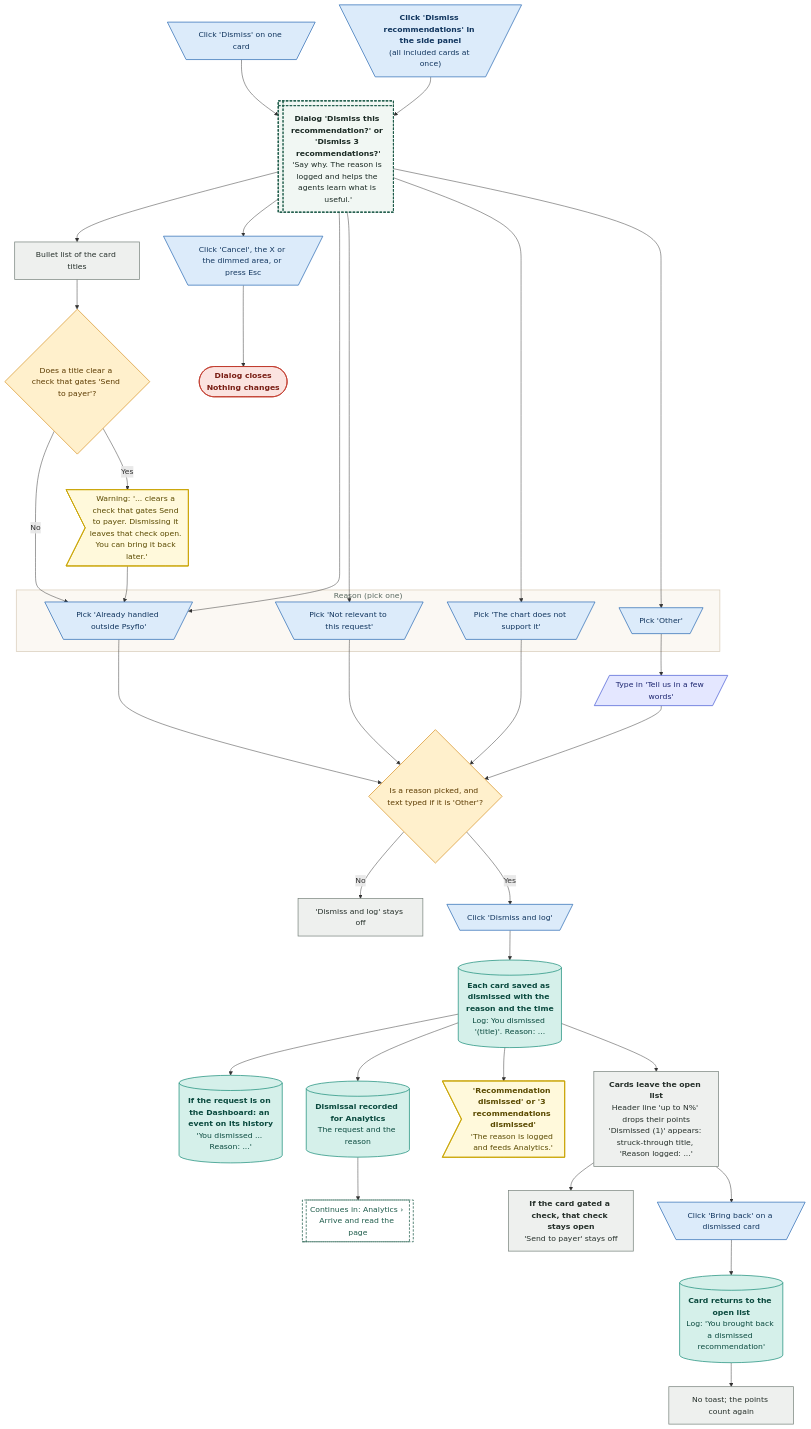
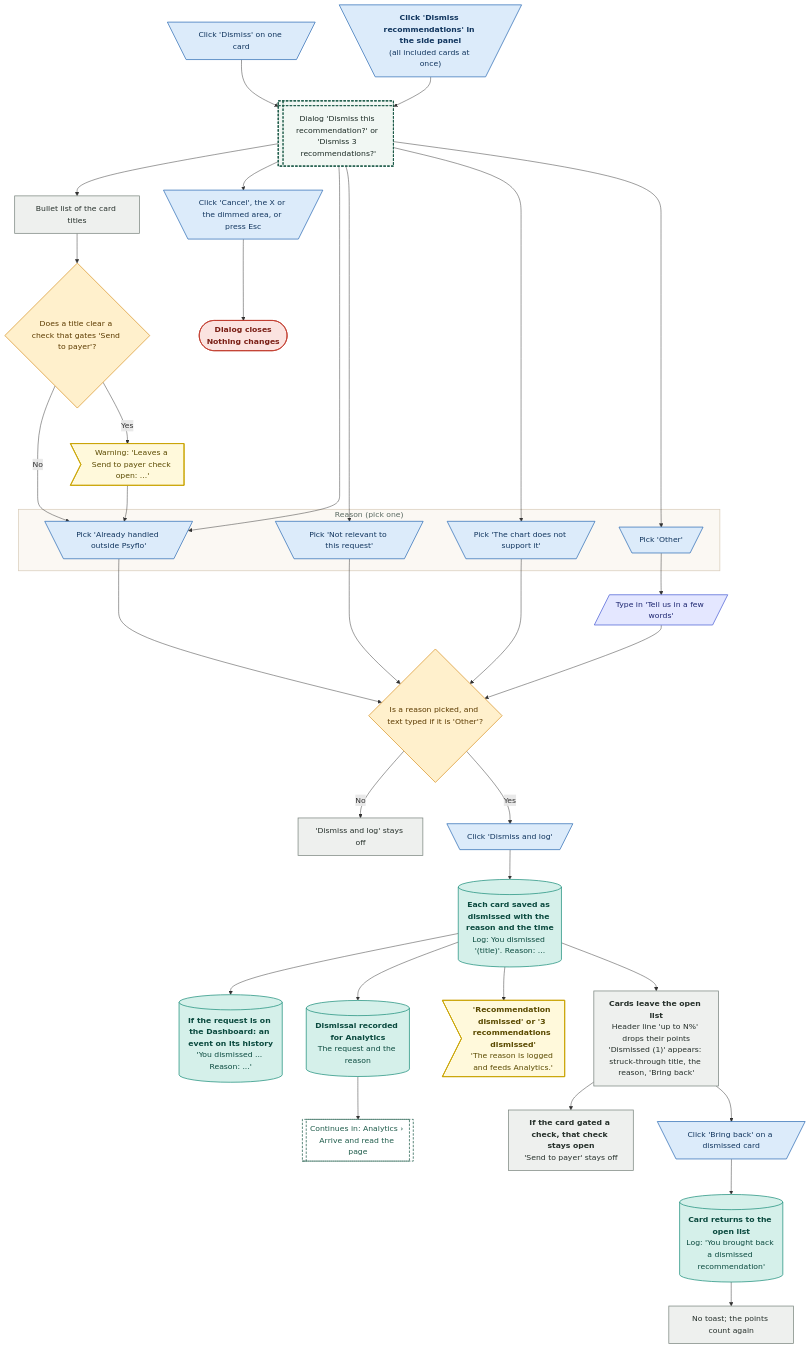
One commit to Shrav143/psyfloapp changed diagram 21 of 34 in demos/prior-auth-demo/workflows/out/md/03-authorizations.md. Above: the diagram before and after it, drawn with Mermaid. The commit also changed other lines of this file and 202 other files, not shown here.

First line of the commit message:
docs: round 6 README, CONVENTIONS, spec section 17, diagram module blurbs and 336 rebuilt diagrams

````diff
--- a/demos/prior-auth-demo/workflows/out/md/03-authorizations.md
+++ b/demos/prior-auth-demo/workflows/out/md/03-authorizations.md
@@ -1710,78 +1700,78 @@
 ```mermaid
 %%{init: {"theme":"base","themeVariables":{"fontFamily":"'DM Sans', 'Segoe UI', system-ui, sans-serif","fontSize":"15px","lineColor":"#5B6B63","primaryTextColor":"#1C2B25","clusterBkg":"#FBF8F3","clusterBorder":"#D9CDBB","edgeLabelBackground":"#FFFFFF"},"flowchart":{"curve":"basis","nodeSpacing":36,"rankSpacing":48,"padding":12,"htmlLabels":true,"useMaxWidth":false,"wrappingWidth":230}} }%%
 flowchart TD
   classDef k_start fill:#1F5C4B,stroke:#174638,color:#FFFFFF,stroke-width:1.5px,font-weight:600
   classDef k_end fill:#DDEFE3,stroke:#2E7D4F,color:#14502F,stroke-width:1.5px,font-weight:600
   classDef k_endx fill:#FBE3E0,stroke:#C0392B,color:#7A1F16,stroke-width:1.5px,font-weight:600
   classDef k_screen fill:#FFFDF8,stroke:#1F5C4B,color:#1C2B25,stroke-width:2px
   classDef k_overlay fill:#F1F7F3,stroke:#1F5C4B,color:#1C2B25,stroke-width:2px,stroke-dasharray:5 3
   classDef k_click fill:#DCEBFA,stroke:#2F6DB5,color:#12365F,stroke-width:1.5px
   classDef k_input fill:#E4E7FF,stroke:#4C5FD5,color:#1D2670,stroke-width:1.5px
   classDef k_process fill:#EEF0EE,stroke:#7A857F,color:#26302B,stroke-width:1.5px
   classDef k_agent fill:#EEE5FA,stroke:#7A4FC2,color:#341A63,stroke-width:1.5px
   classDef k_decision fill:#FFF0CC,stroke:#D9962B,color:#5C3B00,stroke-width:1.5px
   classDef k_store fill:#D5F0EA,stroke:#1C8E7B,color:#0B4A3F,stroke-width:1.5px
   classDef k_doc fill:#F6E9DC,stroke:#B07A4C,color:#4A2E14,stroke-width:1.5px
   classDef k_ext fill:#FFE6D2,stroke:#E07B39,color:#6B2F06,stroke-width:1.5px
   classDef k_wait fill:#E4E8EE,stroke:#6B7C93,color:#26303D,stroke-width:1.5px
   classDef k_toast fill:#FFF9DB,stroke:#C9A400,color:#5A4A00,stroke-width:1.5px
   classDef k_goto fill:#FFFFFF,stroke:#1F5C4B,color:#1F5C4B,stroke-width:1.5px,stroke-dasharray:5 3
   d1@{ shape: trap-t, label: "Click 'Dismiss' on one card" }
   d2@{ shape: trap-t, label: "<b>Click 'Dismiss recommendations' in the side panel</b><br/>(all included cards at once)" }
-  m@{ shape: win-pane, label: "<b>Dialog 'Dismiss this recommendation?' or 'Dismiss 3 recommendations?'</b><br/>'Say why. The reason is logged and helps the agents learn what is useful.'" }
+  m@{ shape: win-pane, label: "Dialog 'Dismiss this recommendation?' or 'Dismiss 3 recommendations?'" }
   li@{ shape: rect, label: "Bullet list of the card titles" }
   dg@{ shape: diam, label: "Does a title clear a check that gates 'Send to payer'?" }
-  wb@{ shape: odd, label: "Warning: '... clears a check that gates Send to payer. Dismissing it leaves that check open. You can bring it back later.'" }
+  wb@{ shape: odd, label: "Warning: 'Leaves a Send to payer check open: ...'" }
   subgraph gR ["Reason (pick one)"]
   r1@{ shape: trap-t, label: "Pick 'Already handled outside Psyflo'" }
   r2@{ shape: trap-t, label: "Pick 'Not relevant to this request'" }
   r3@{ shape: trap-t, label: "Pick 'The chart does not support it'" }
   r4@{ shape: trap-t, label: "Pick 'Other'" }
   end
   ot@{ shape: lean-r, label: "Type in 'Tell us in a few words'" }
   dok@{ shape: diam, label: "Is a reason picked, and text typed if it is 'Other'?" }
   dis@{ shape: rect, label: "'Dismiss and log' stays off" }
   cf@{ shape: trap-t, label: "Click 'Dismiss and log'" }
   cx@{ shape: trap-t, label: "Click 'Cancel', the X or the dimmed area, or press Esc" }
   ce@{ shape: stadium, label: "<b>Dialog closes</b><br/>Nothing changes" }
   st@{ shape: cyl, label: "<b>Each card saved as dismissed with the reason and the time</b><br/>Log: You dismissed '(title)'. Reason: ..." }
   dsh@{ shape: cyl, label: "<b>If the request is on the Dashboard: an event on its history</b><br/>'You dismissed ... Reason: ...'" }
   an@{ shape: cyl, label: "<b>Dismissal recorded for Analytics</b><br/>The request and the reason" }
   gA@{ shape: subproc, label: "Continues in: Analytics › Arrive and read the page" }
   tt@{ shape: odd, label: "<b>'Recommendation dismissed' or '3 recommendations dismissed'</b><br/>'The reason is logged and feeds Analytics.'" }
-  mv@{ shape: rect, label: "<b>Cards leave the open list</b><br/>Header line 'up to N%' drops their points<br/>'Dismissed (1)' appears: struck-through title, 'Reason logged: ...'" }
+  mv@{ shape: rect, label: "<b>Cards leave the open list</b><br/>Header line 'up to N%' drops their points<br/>'Dismissed (1)' appears: struck-through title, the reason, 'Bring back'" }
   gt@{ shape: rect, label: "<b>If the card gated a check, that check stays open</b><br/>'Send to payer' stays off" }
   bb@{ shape: trap-t, label: "Click 'Bring back' on a dismissed card" }
   rs@{ shape: cyl, label: "<b>Card returns to the open list</b><br/>Log: 'You brought back a dismissed recommendation'" }
   nt@{ shape: rect, label: "No toast; the points count again" }
   d1 --> m
   d2 --> m
   m --> li --> dg
   dg -->|"Yes"| wb
   dg -->|"No"| r1
   wb --> r1
   m --> r1 & r2 & r3 & r4
   r4 --> ot
   r1 --> dok
   r2 --> dok
   r3 --> dok
   ot --> dok
   dok -->|"No"| dis
   dok -->|"Yes"| cf
   m --> cx --> ce
   cf --> st --> dsh
   st --> an --> gA
   st --> tt
   st --> mv --> gt
   mv --> bb --> rs --> nt
   class d1,d2,r1,r2,r3,r4,cf,cx,bb k_click
   class m k_overlay
   class li,dis,mv,gt,nt k_process
   class dg,dok k_decision
   class wb,tt k_toast
   class ot k_input
   class ce k_endx
   class st,dsh,an,rs k_store
   class gA k_goto
   style gR fill:#FBF8F3,stroke:#D9CDBB,stroke-width:1.5px,color:#5B6B63
 ```
````
